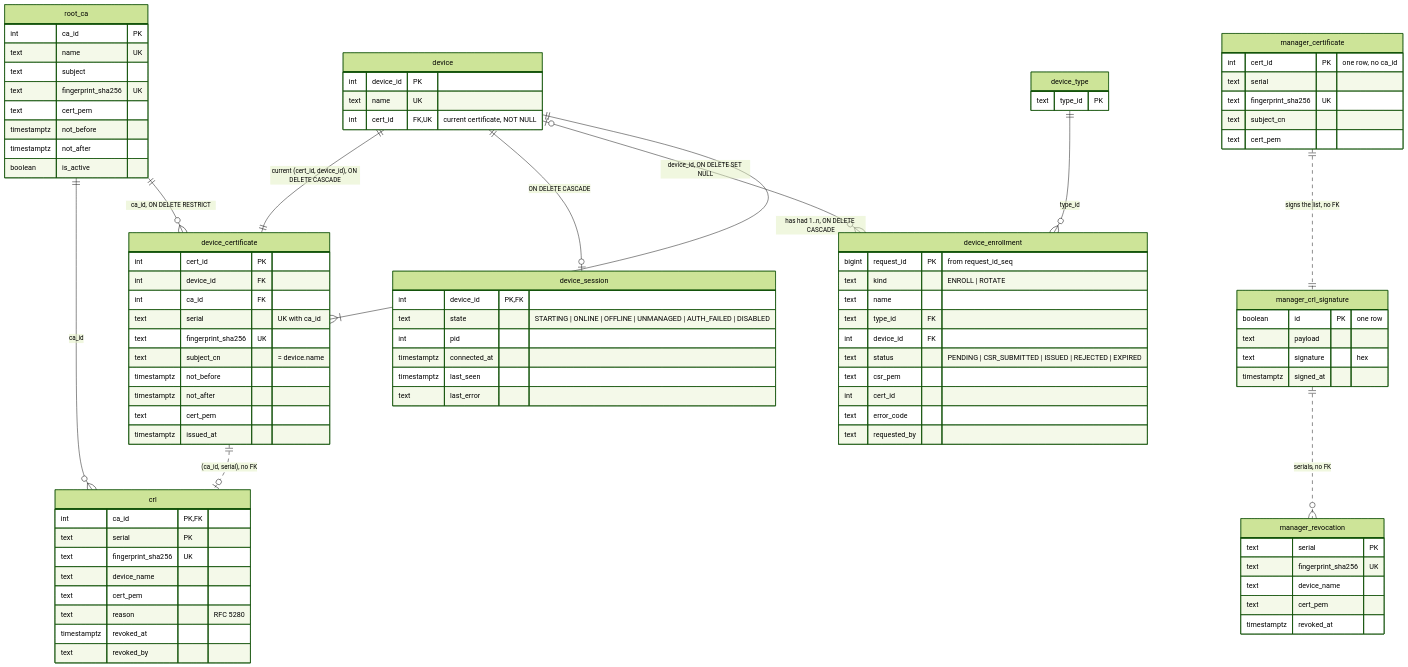
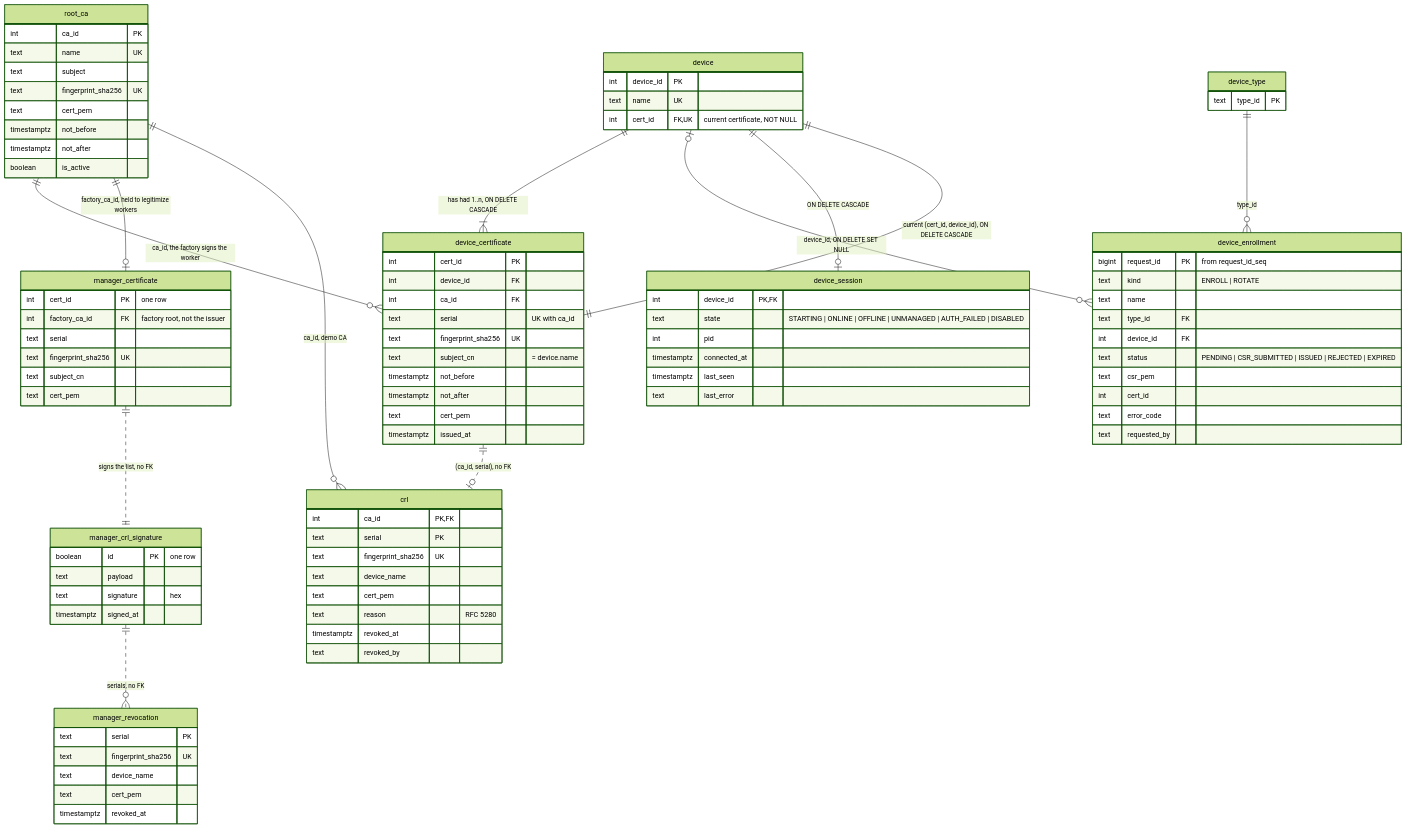
Before and after one commit to jgmatu/postgresql: the fourth of 8 diagrams in sql/README.md, drawn with Mermaid (forest theme). The commit also changed other lines of this file and 7 other files, not shown here.

Commit message:
Store the factory root on the manager so it can legitimize workers.

```diff
--- a/sql/README.md
+++ b/sql/README.md
@@ -183,8 +183,9 @@
 erDiagram
     device ||--|{ device_certificate : "has had 1..n, ON DELETE CASCADE"
     device_certificate ||--|| device : "current (cert_id, device_id), ON DELETE CASCADE"
-    root_ca ||--o{ device_certificate : "ca_id, ON DELETE RESTRICT"
-    root_ca ||--o{ crl : "ca_id"
+    root_ca ||--o{ device_certificate : "ca_id, the factory signs the worker"
+    root_ca ||--o| manager_certificate : "factory_ca_id, held to legitimize workers"
+    root_ca ||--o{ crl : "ca_id, demo CA"
     device_certificate ||..o| crl : "(ca_id, serial), no FK"
     manager_certificate ||..|| manager_crl_signature : "signs the list, no FK"
     manager_crl_signature ||..o{ manager_revocation : "serials, no FK"
@@ -233,7 +234,8 @@
         text revoked_by
     }
     manager_certificate {
-        int cert_id PK "one row, no ca_id"
+        int cert_id PK "one row"
+        int factory_ca_id FK "factory root, not the issuer"
         text serial
         text fingerprint_sha256 UK
         text subject_cn
```
